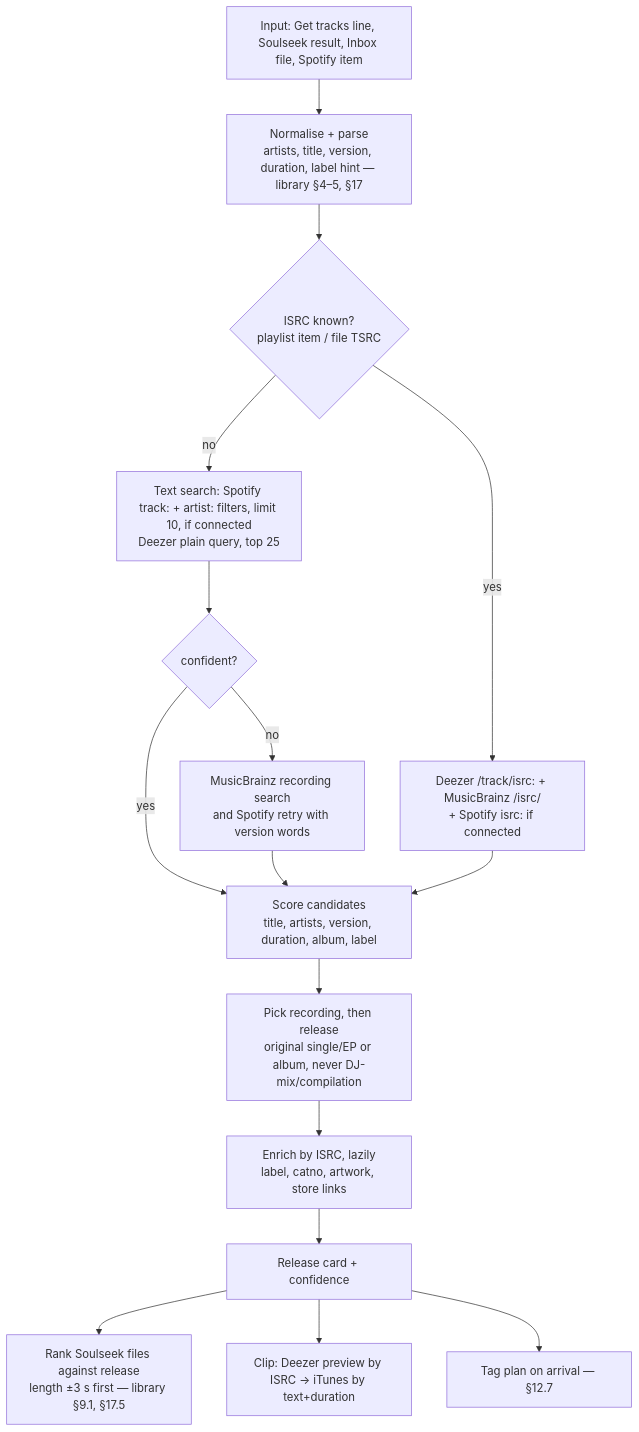
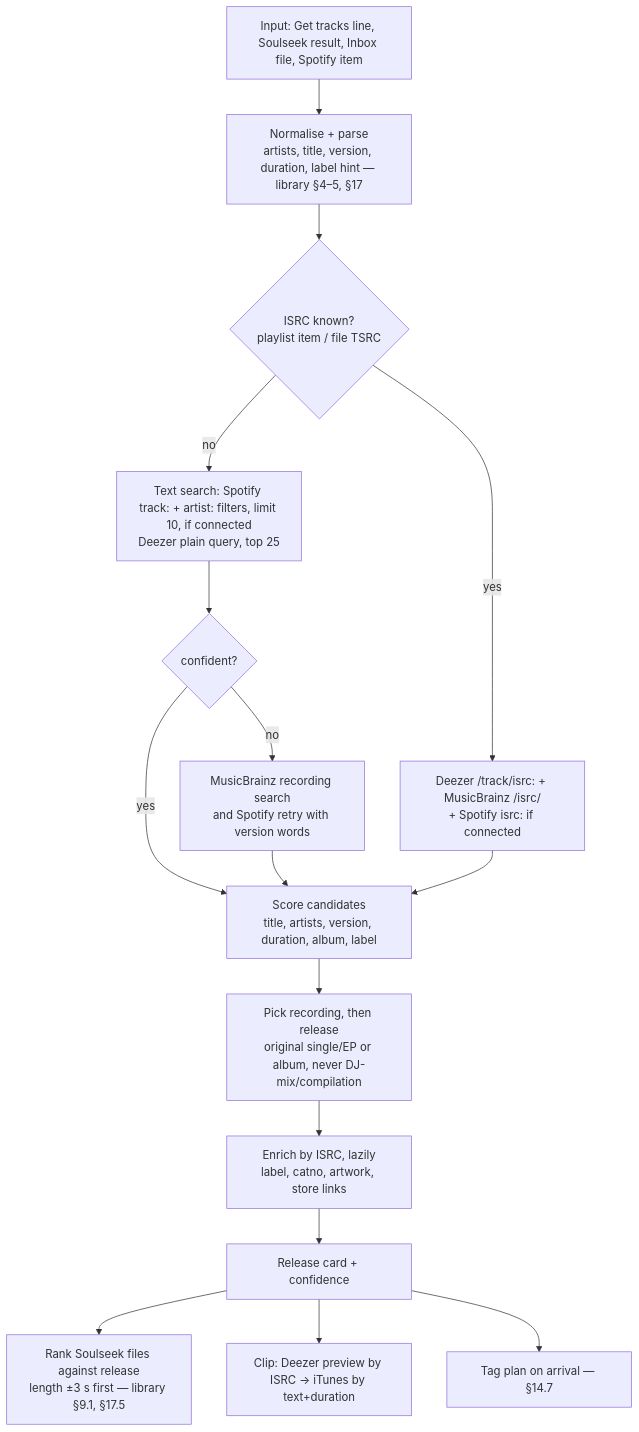
Before and after one commit to usr-ein/selecta: the second of 2 diagrams in references/metadata-and-preview-services.md, drawn with Mermaid. The commit also changed other lines of this file, not shown here.

````diff
--- a/references/metadata-and-preview-services.md
+++ b/references/metadata-and-preview-services.md
@@ -668,18 +786,18 @@
 ```mermaid
 flowchart TD
   A[Input: Get tracks line, Soulseek result, Inbox file, Spotify item] --> B[Normalise + parse<br/>artists, title, version, duration, label hint — library §4–5, §17]
   B --> C{ISRC known?<br/>playlist item / file TSRC}
   C -- yes --> D["Deezer /track/isrc: + MusicBrainz /isrc/<br/>+ Spotify isrc: if connected"]
   C -- no --> E["Text search: Spotify track: + artist: filters, limit 10, if connected<br/>Deezer plain query, top 25"]
   E --> F{confident?}
   F -- no --> G["MusicBrainz recording search<br/>and Spotify retry with version words"]
   F -- yes --> H
   G --> H[Score candidates<br/>title, artists, version, duration, album, label]
   D --> H
   H --> I[Pick recording, then release<br/>original single/EP or album, never DJ-mix/compilation]
   I --> J[Enrich by ISRC, lazily<br/>label, catno, artwork, store links]
   J --> K[Release card + confidence]
   K --> L[Rank Soulseek files against release<br/>length ±3 s first — library §9.1, §17.5]
   K --> M[Clip: Deezer preview by ISRC → iTunes by text+duration]
-  K --> N[Tag plan on arrival — §12.7]
+  K --> N[Tag plan on arrival — §14.7]
 ```
````
